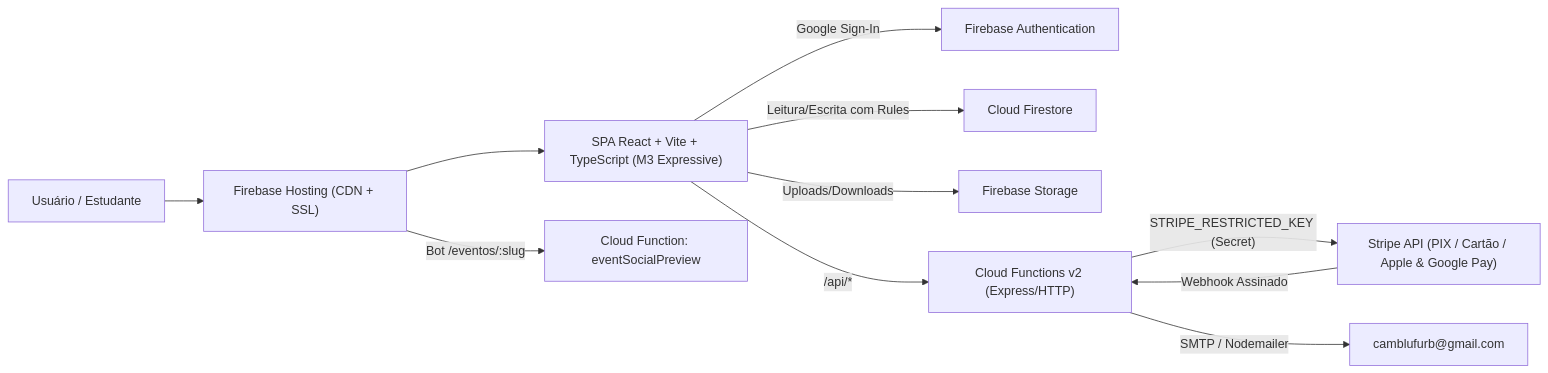
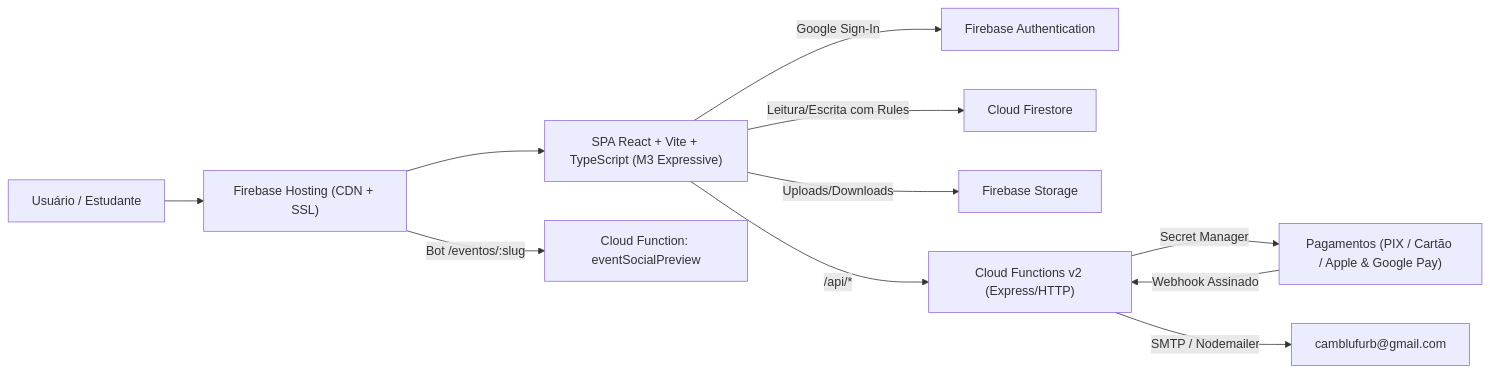
One commit to camblufurb/camblu changed the diagram in README.md. Above: the diagram before and after it, drawn with Mermaid. The commit also changed other lines of this file and 114 other files, not shown here.

````diff
--- a/README.md
+++ b/README.md
@@ -45,13 +40,13 @@
 ```mermaid
 flowchart LR
     U["Usuário / Estudante"] --> H["Firebase Hosting (CDN + SSL)"]
     H --> SPA["SPA React + Vite + TypeScript (M3 Expressive)"]
     H -->|"Bot /eventos/:slug"| OG["Cloud Function: eventSocialPreview"]
     SPA -->|"Google Sign-In"| Auth["Firebase Authentication"]
     SPA -->|"Leitura/Escrita com Rules"| FS["Cloud Firestore"]
     SPA -->|"Uploads/Downloads"| ST["Firebase Storage"]
     SPA -->|"/api/*"| API["Cloud Functions v2 (Express/HTTP)"]
-    API -->|"STRIPE_RESTRICTED_KEY (Secret)"| Stripe["Stripe API (PIX / Cartão / Apple & Google Pay)"]
+    API -->|"Secret Manager"| Stripe["Pagamentos (PIX / Cartão / Apple & Google Pay)"]
     Stripe -->|"Webhook Assinado"| API
     API -->|"SMTP / Nodemailer"| Mail["camblufurb@gmail.com"]
 ```
````
